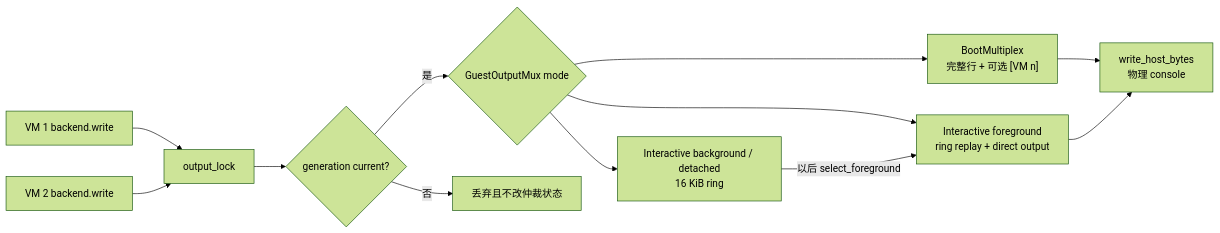
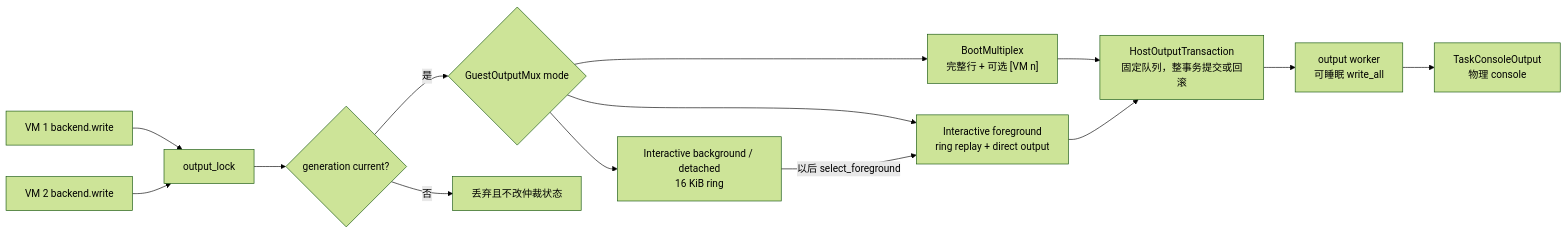
Before and after one commit to rcore-os/tgoskits: the third of 3 diagrams in docs/docs/architecture/axvisor/guest-console.md, drawn with Mermaid (forest theme). The commit also changed other lines of this file and 14 other files, not shown here.

Commit message:
fix(axvisor): defer console output from vcpu context

````diff
--- a/docs/docs/architecture/axvisor/guest-console.md
+++ b/docs/docs/architecture/axvisor/guest-console.md
@@ -171,22 +182,25 @@
 ```mermaid
 flowchart LR
     TX1["VM 1 backend.write"]
     TX2["VM 2 backend.write"]
     Lock["output_lock"]
     Valid{"generation current?"}
     Mode{"GuestOutputMux mode"}
     Boot["BootMultiplex<br/>完整行 + 可选 [VM n]"]
     Fore["Interactive foreground<br/>ring replay + direct output"]
     Back["Interactive background / detached<br/>16 KiB ring"]
-    Host["write_host_bytes<br/>物理 console"]
+    Queue["HostOutputTransaction<br/>固定队列，整事务提交或回滚"]
+    Worker["output worker<br/>可睡眠 write_all"]
+    Host["TaskConsoleOutput<br/>物理 console"]
 
     TX1 --> Lock
     TX2 --> Lock
     Lock --> Valid
     Valid -->|否| Drop["丢弃且不改仲裁状态"]
     Valid -->|是| Mode
-    Mode --> Boot --> Host
-    Mode --> Fore --> Host
+    Mode --> Boot --> Queue
+    Mode --> Fore --> Queue
     Mode --> Back
     Back -->|以后 select_foreground| Fore
+    Queue --> Worker --> Host
 ```
````
